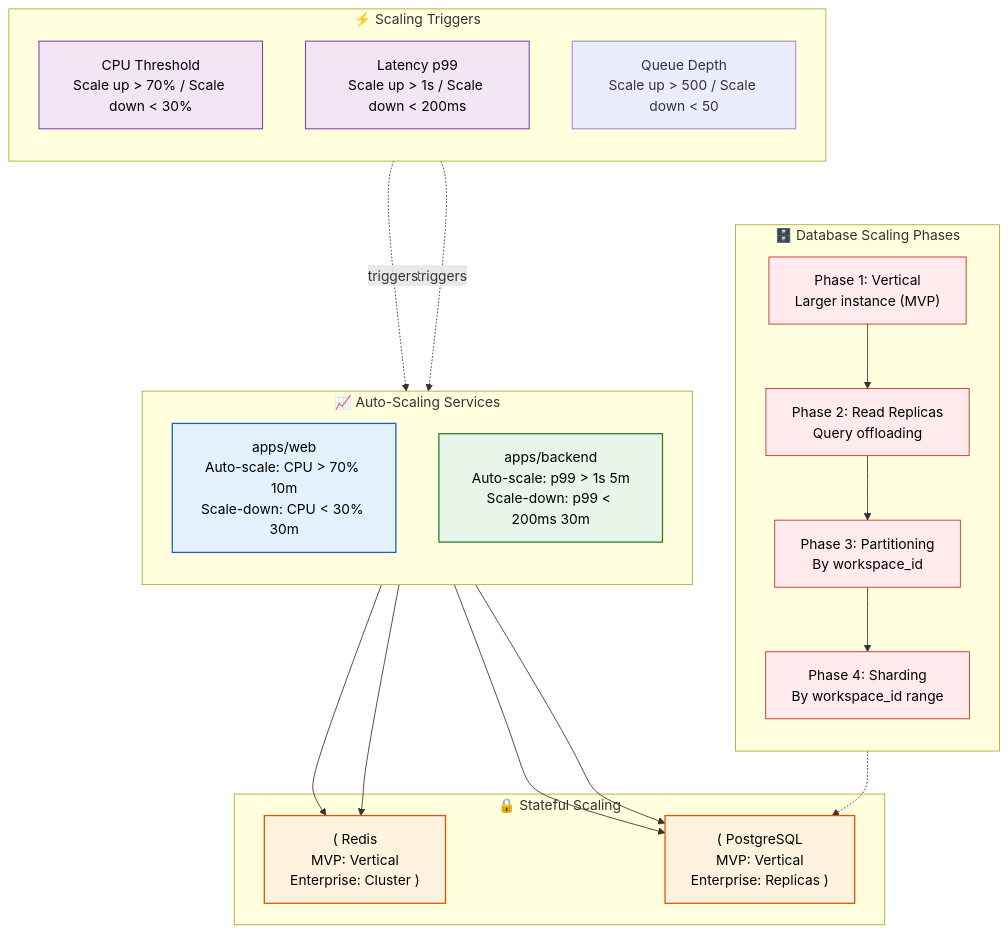
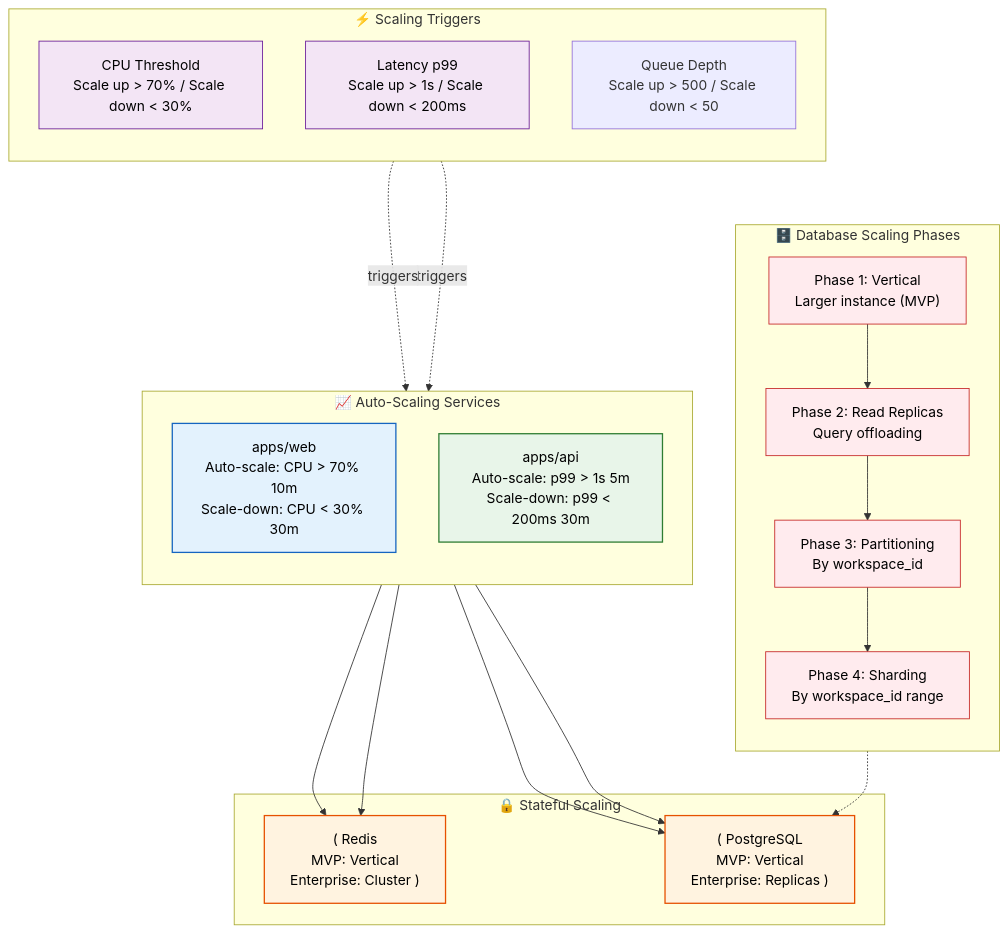
One commit to Driftloom/Vaeloom changed the diagram in docs/architecture/Scalability.md. Above: the diagram before and after it, drawn with Mermaid. The commit also changed other lines of this file and 730 other files, not shown here.

First line of the commit message:
refactor: rename apps/backend to apps/api + upgrade MVP-P02 prompt

````diff
--- a/docs/architecture/Scalability.md
+++ b/docs/architecture/Scalability.md
@@ -9,51 +9,51 @@
 ```mermaid
 graph TD
     classDef front fill:#e3f2fd,stroke:#1565c0,color:#000,stroke-width:1.5px
     classDef svc fill:#e8f5e9,stroke:#2e7d32,color:#000,stroke-width:1.5px
     classDef db fill:#fff3e0,stroke:#e65100,color:#000,stroke-width:1.5px
     classDef trigger fill:#f3e5f5,stroke:#6a1b9a,color:#000,stroke-width:1px
     classDef phase fill:#ffebee,stroke:#c62828,color:#000,stroke-width:1px
 
     subgraph AutoScaling["📈 Auto-Scaling Services"]
         direction TB
         WEB["apps/web<br/>Auto-scale: CPU > 70% 10m<br/>Scale-down: CPU < 30% 30m"]
-        API["apps/backend<br/>Auto-scale: p99 > 1s 5m<br/>Scale-down: p99 < 200ms 30m"]
+        API["apps/api<br/>Auto-scale: p99 > 1s 5m<br/>Scale-down: p99 < 200ms 30m"]
     end
 
     subgraph Triggers["⚡ Scaling Triggers"]
         direction TB
         T1["CPU Threshold<br/>Scale up > 70% / Scale down < 30%"]
         T2["Latency p99<br/>Scale up > 1s / Scale down < 200ms"]
         T3["Queue Depth<br/>Scale up > 500 / Scale down < 50"]
     end
 
     subgraph Database_Scale["🗄️ Database Scaling Phases"]
         direction TB
         P1["Phase 1: Vertical<br/>Larger instance (MVP)"]
         P2["Phase 2: Read Replicas<br/>Query offloading"]
         P3["Phase 3: Partitioning<br/>By workspace_id"]
         P4["Phase 4: Sharding<br/>By workspace_id range"]
     end
 
     subgraph Stateful["🔒 Stateful Scaling"]
         REDIS["( Redis<br/>MVP: Vertical<br/>Enterprise: Cluster )"]
         PG["( PostgreSQL<br/>MVP: Vertical<br/>Enterprise: Replicas )"]
     end
 
     T1 -.->|triggers| WEB
     T2 -.->|triggers| API
     WEB --> PG
     WEB --> REDIS
     API --> PG
     API --> REDIS
 
     P1 --> P2 --> P3 --> P4
     P4 -.-> PG
 
     class WEB front
     class API svc
     class PG,REDIS db
     class T1,T2 trigger
     class P1,P2,P3,P4 phase
 
 ```
````
